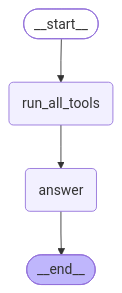
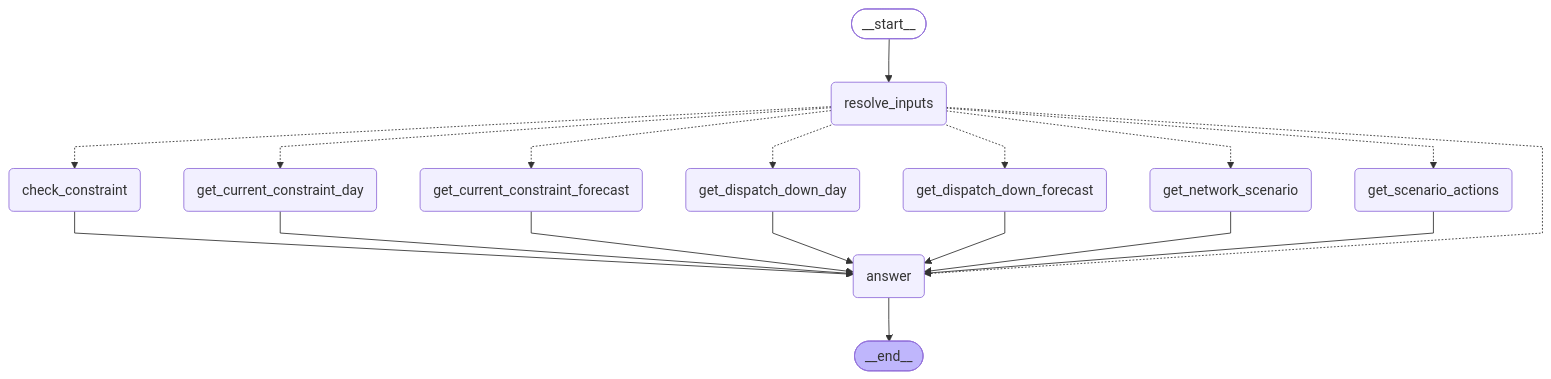
One commit to Ishaan005/hacktheclimate changed the diagram in docs/chat_graph.md. Above: the diagram before and after it, drawn with Mermaid. The commit also changed other lines of this file and 10 other files, not shown here.

Commit message:
so flow chart is there even if its not dispatch down.

````diff
--- a/docs/chat_graph.md
+++ b/docs/chat_graph.md
@@ -5,18 +5,39 @@
 ```mermaid
 ---
 config:
   flowchart:
     curve: linear
 ---
 graph TD;
 	__start__([<p>__start__</p>]):::first
-	run_all_tools(run_all_tools)
+	resolve_inputs(resolve_inputs)
+	get_dispatch_down_forecast(get_dispatch_down_forecast)
+	get_dispatch_down_day(get_dispatch_down_day)
+	check_constraint(check_constraint)
+	get_current_constraint_forecast(get_current_constraint_forecast)
+	get_current_constraint_day(get_current_constraint_day)
+	get_network_scenario(get_network_scenario)
+	get_scenario_actions(get_scenario_actions)
 	answer(answer)
 	__end__([<p>__end__</p>]):::last
-	__start__ --> run_all_tools;
-	run_all_tools --> answer;
+	__start__ --> resolve_inputs;
+	check_constraint --> answer;
+	get_current_constraint_day --> answer;
+	get_current_constraint_forecast --> answer;
+	get_dispatch_down_day --> answer;
+	get_dispatch_down_forecast --> answer;
+	get_network_scenario --> answer;
+	get_scenario_actions --> answer;
+	resolve_inputs -.-> answer;
+	resolve_inputs -.-> check_constraint;
+	resolve_inputs -.-> get_current_constraint_day;
+	resolve_inputs -.-> get_current_constraint_forecast;
+	resolve_inputs -.-> get_dispatch_down_day;
+	resolve_inputs -.-> get_dispatch_down_forecast;
+	resolve_inputs -.-> get_network_scenario;
+	resolve_inputs -.-> get_scenario_actions;
 	answer --> __end__;
 	classDef default fill:#f2f0ff,line-height:1.2
 	classDef first fill-opacity:0
 	classDef last fill:#bfb6fc
 ```
````
